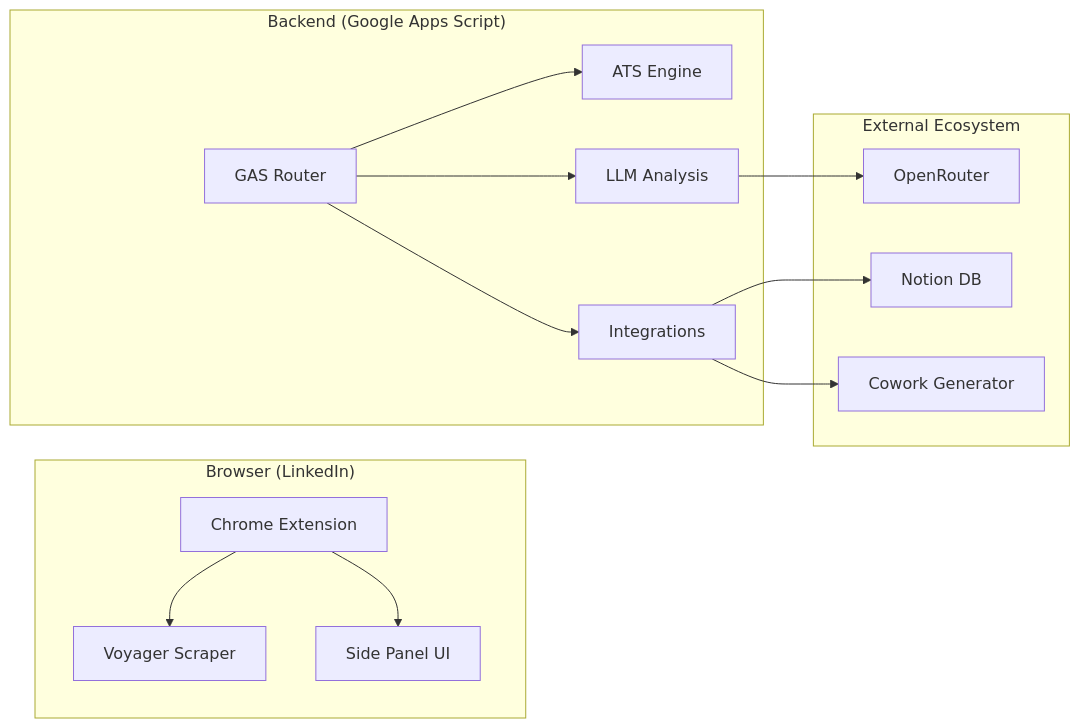
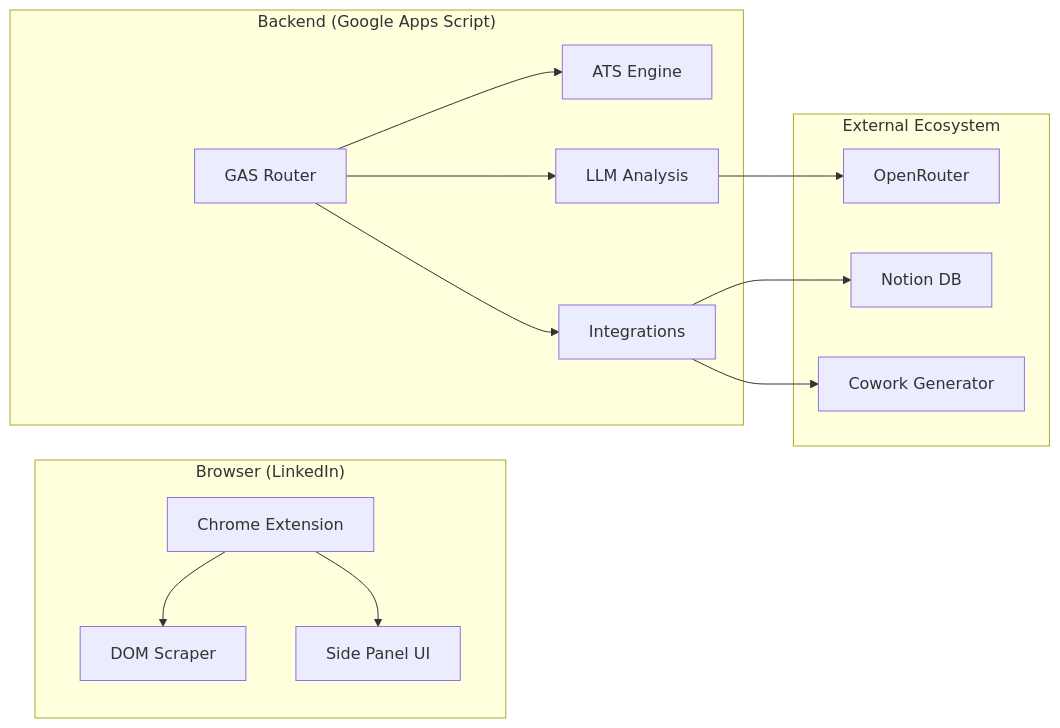
Before and after one commit to akashnits/upside-down: the diagram in README.md, drawn with Mermaid. The commit also changed other lines of this file, not shown here.

Commit message:
Docs: Correct README and plan to reflect current codebase (remove Voyager scraping claim)

````diff
--- a/README.md
+++ b/README.md
@@ -22,27 +21,27 @@
 ```mermaid
 graph LR
     subgraph "Browser (LinkedIn)"
     EXT[Chrome Extension]
-    EXT --> SC[Voyager Scraper]
+    EXT --> DOM[DOM Scraper]
     EXT --> MOD[Side Panel UI]
     end
 
     subgraph "Backend (Google Apps Script)"
     GAS[GAS Router]
     ATS[ATS Engine]
     LLM[LLM Analysis]
     MODS[Integrations]
     GAS --> LLM
     GAS --> ATS
     GAS --> MODS
     end
 
     subgraph "External Ecosystem"
     OR[OpenRouter]
     NOT[Notion DB]
     COW[Cowork Generator]
     LLM --> OR
     MODS --> NOT
     MODS --> COW
     end
 ```
````
